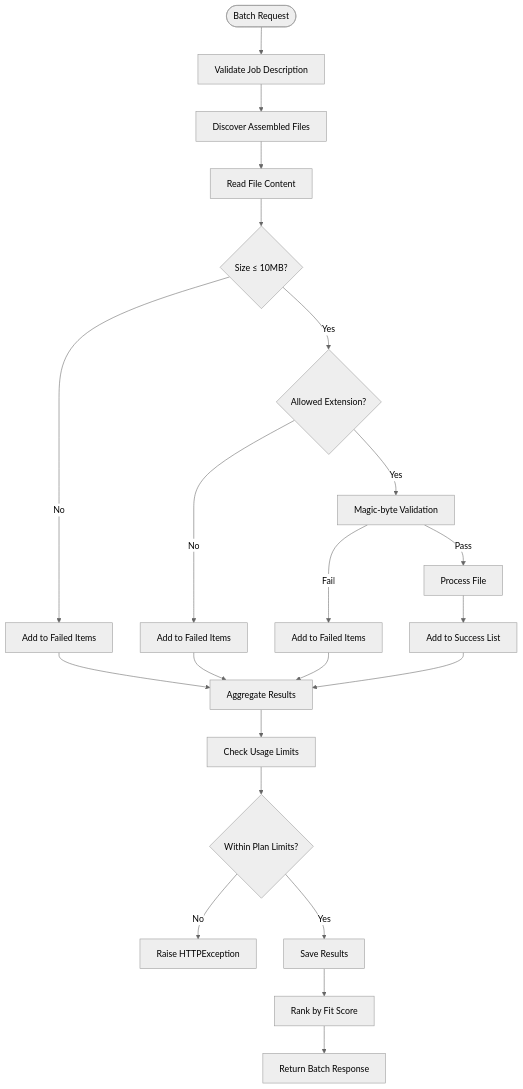
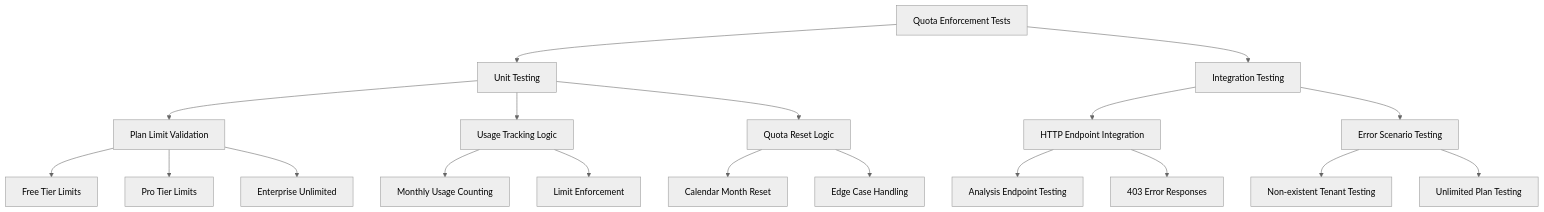
Before and after one commit to Revanththetalogics/aireume: the tenth of 12 diagrams in .qoder/repowiki/en/content/Testing Strategy.md, drawn with Mermaid (neutral theme). The commit also changed other lines of this file and 10 other files, not shown here.

Commit message:
fix: reset rate limiter buckets between tests to prevent CI 429 failures

````diff
--- a/.qoder/repowiki/en/content/Testing Strategy.md
+++ b/.qoder/repowiki/en/content/Testing Strategy.md
@@ -410,24 +660,21 @@
 ```mermaid
 flowchart TD
-Start(["Batch Request"]) --> ValidateJD["Validate Job Description"]
-ValidateJD --> DiscoverFiles["Discover Assembled Files"]
-DiscoverFiles --> ReadContent["Read File Content"]
-ReadContent --> SizeCheck{"Size ≤ 10MB?"}
-SizeCheck --> |No| FailSize["Add to Failed Items"]
-SizeCheck --> |Yes| ExtCheck{"Allowed Extension?"}
-ExtCheck --> |No| FailExt["Add to Failed Items"]
-ExtCheck --> |Yes| MagicCheck["Magic-byte Validation"]
-MagicCheck --> |Fail| FailMagic["Add to Failed Items"]
-MagicCheck --> |Pass| Process["Process File"]
-Process --> Success["Add to Success List"]
-FailSize --> Aggregate["Aggregate Results"]
-FailExt --> Aggregate
-FailMagic --> Aggregate
-Success --> Aggregate
-Aggregate --> UsageCheck["Check Usage Limits"]
-UsageCheck --> PlanLimit{"Within Plan Limits?"}
-PlanLimit --> |No| FailPlan["Raise HTTPException"]
-PlanLimit --> |Yes| SaveResults["Save Results"]
-SaveResults --> RankResults["Rank by Fit Score"]
-RankResults --> Return["Return Batch Response"]
+QuotaTests["Quota Enforcement Tests"] --> Unit["Unit Testing"]
+QuotaTests --> Integration["Integration Testing"]
+Unit --> PlanLimits["Plan Limit Validation"]
+Unit --> UsageTracking["Usage Tracking Logic"]
+Unit --> ResetLogic["Quota Reset Logic"]
+Integration --> HTTPIntegration["HTTP Endpoint Integration"]
+Integration --> ErrorScenarios["Error Scenario Testing"]
+PlanLimits --> FreeTier["Free Tier Limits"]
+PlanLimits --> ProTier["Pro Tier Limits"]
+PlanLimits --> EnterpriseTier["Enterprise Unlimited"]
+UsageTracking --> MonthlyCounting["Monthly Usage Counting"]
+UsageTracking --> LimitEnforcement["Limit Enforcement"]
+ResetLogic --> CalendarMonth["Calendar Month Reset"]
+ResetLogic --> EdgeCases["Edge Case Handling"]
+HTTPIntegration --> AnalysisEndpoint["Analysis Endpoint Testing"]
+HTTPIntegration --> ErrorResponses["403 Error Responses"]
+ErrorScenarios --> NonExistentTenant["Non-existent Tenant Testing"]
+ErrorScenarios --> UnlimitedPlans["Unlimited Plan Testing"]
 ```
````
